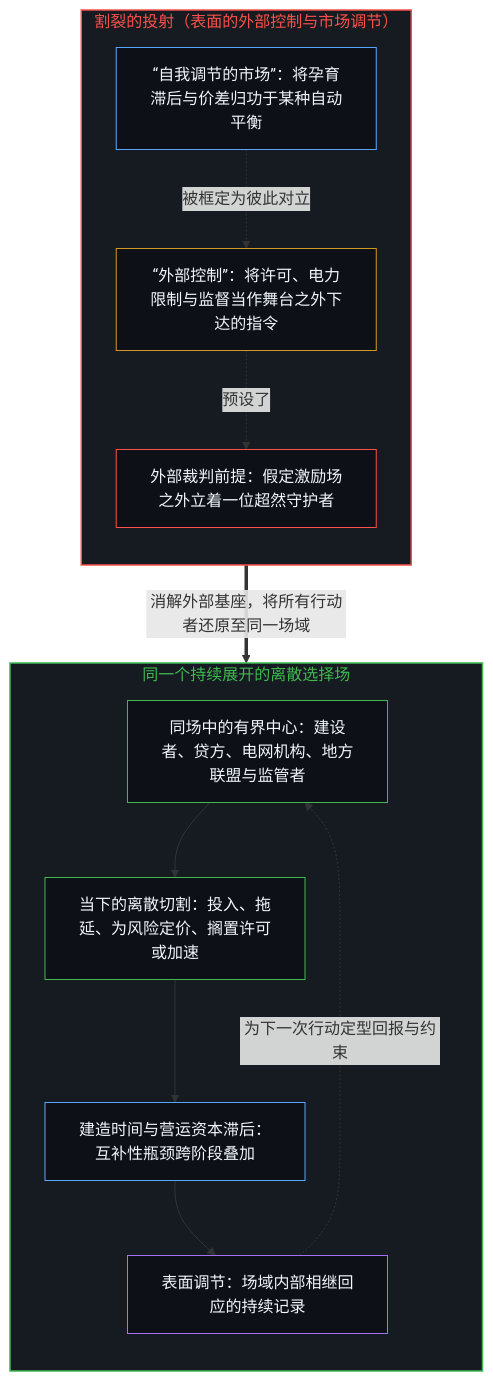
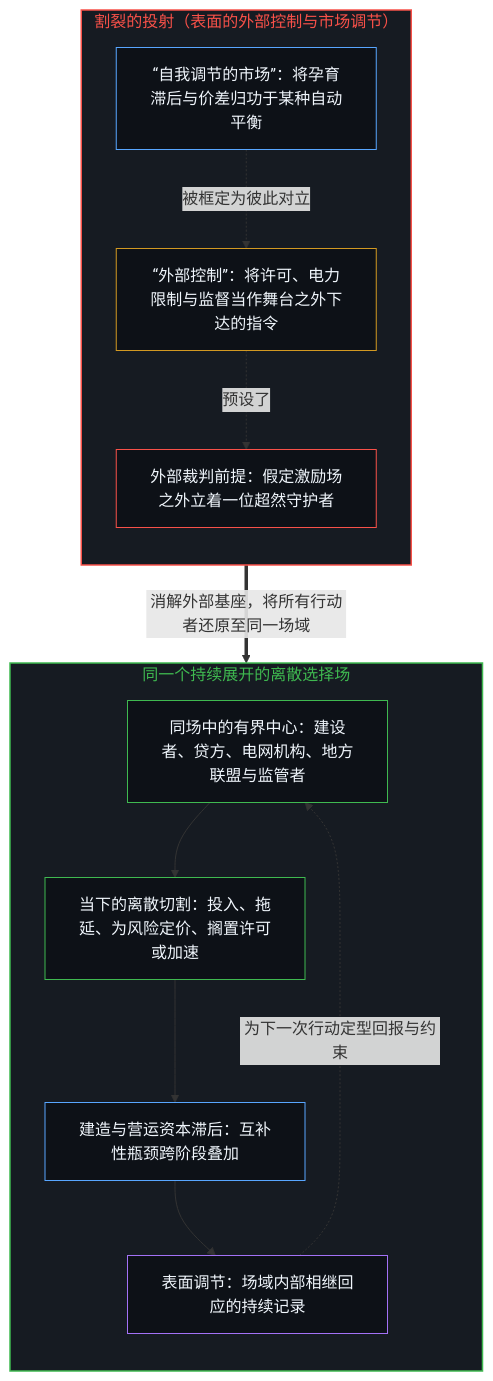
Before and after one commit to powerpig99/not-a-toe: the first of 4 diagrams in content/posts/apparent-regulation-and-the-primacy-of-choice.md, drawn with Mermaid. The commit also changed other lines of this file and 24 other files, not shown here.

````diff
--- a/content/posts/apparent-regulation-and-the-primacy-of-choice.md
+++ b/content/posts/apparent-regulation-and-the-primacy-of-choice.md
@@ -21,30 +21,30 @@
 ```mermaid
 flowchart TD
     subgraph S_Split["割裂的投射（表面的外部控制与市场调节）"]
         direction TB
         P_Mkt["“自我调节的市场”：将孕育滞后与价差归功于某种自动平衡"]
         P_Ext["“外部控制”：将许可、电力限制与监督当作舞台之外下达的指令"]
         P_Ref["外部裁判前提：假定激励场之外立着一位超然守护者"]
         P_Mkt -.->|"被框定为彼此对立"| P_Ext
         P_Ext -.->|"预设了"| P_Ref
     end
     subgraph S_Field["同一个持续展开的离散选择场"]
         direction TB
         F_Actors["同场中的有界中心：建设者、贷方、电网机构、地方联盟与监管者"]
         F_Acts["当下的离散切割：投入、拖延、为风险定价、搁置许可或加速"]
-        F_Lag["建造时间与营运资本滞后：互补性瓶颈跨阶段叠加"]
+        F_Lag["建造与营运资本滞后：互补性瓶颈跨阶段叠加"]
         F_Record["表面调节：场域内部相继回应的持续记录"]
         F_Actors --> F_Acts --> F_Lag --> F_Record
     end
     P_Ref ==>|"消解外部基座，将所有行动者还原至同一场域"| F_Actors
     F_Record -.->|"为下一次行动定型回报与约束"| F_Actors
     style S_Split fill:#161b22,stroke:#f85149,stroke-width:1.5px,color:#f85149
     style S_Field fill:#161b22,stroke:#3fb950,stroke-width:1.5px,color:#3fb950
     style P_Mkt fill:#0d1117,stroke:#58a6ff,stroke-width:1px,color:#f0f6fc
     style P_Ext fill:#0d1117,stroke:#d29922,stroke-width:1px,color:#f0f6fc
     style P_Ref fill:#0d1117,stroke:#f85149,stroke-width:1px,color:#f0f6fc
     style F_Actors fill:#0d1117,stroke:#3fb950,stroke-width:1px,color:#f0f6fc
     style F_Acts fill:#0d1117,stroke:#3fb950,stroke-width:1px,color:#f0f6fc
     style F_Lag fill:#0d1117,stroke:#58a6ff,stroke-width:1px,color:#f0f6fc
     style F_Record fill:#0d1117,stroke:#a371f7,stroke-width:1px,color:#f0f6fc
 ```
````
